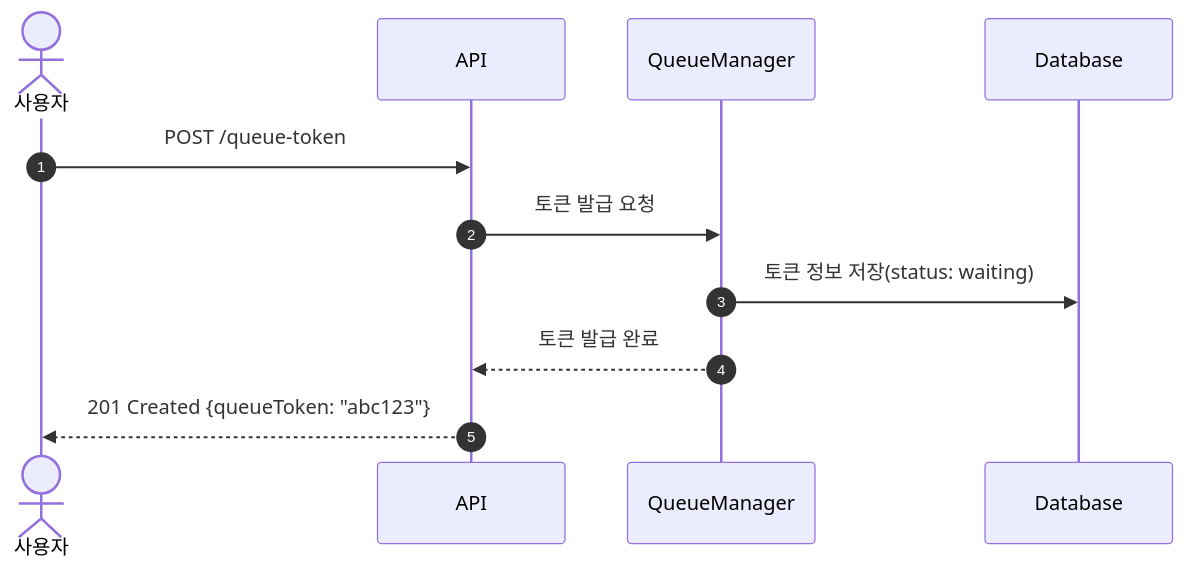
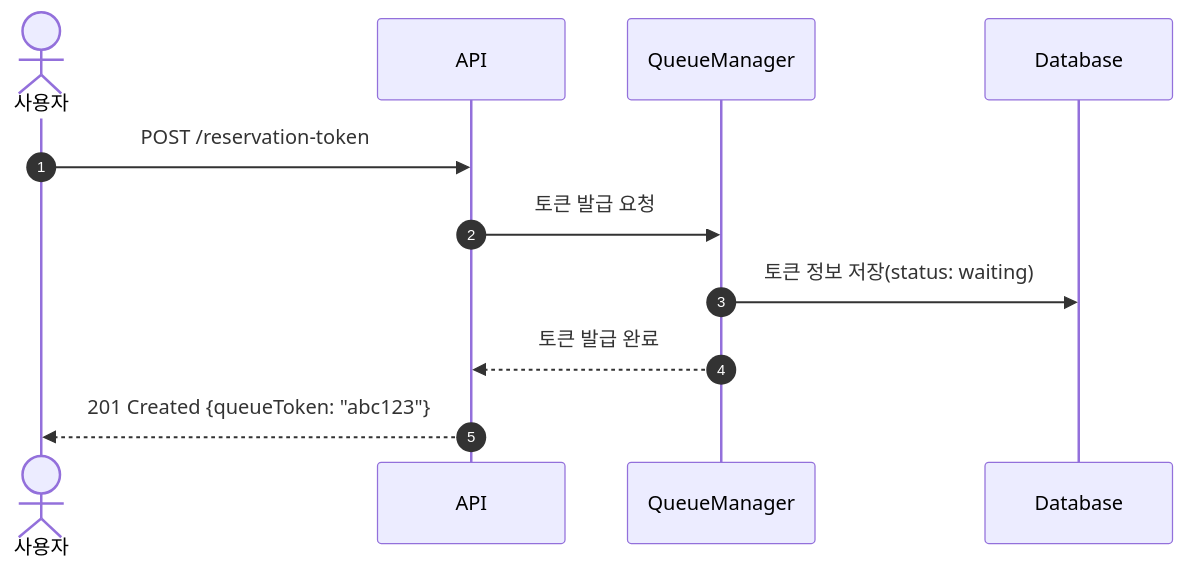
Before and after one commit to ydj515/concert-reservation-service: the first of 10 diagrams in docs/sequence-diagram/sequence.md, drawn with Mermaid. The commit also changed other lines of this file and 6 other files, not shown here.

````diff
--- a/docs/sequence-diagram/sequence.md
+++ b/docs/sequence-diagram/sequence.md
@@ -2,14 +2,14 @@
 ```mermaid
 sequenceDiagram
     autonumber
     actor User as 사용자
     participant API
     participant QueueManager
     participant Database
 
-    User ->> API: POST /queue-token
+    User ->> API: POST /reservation-token
     API ->> QueueManager: 토큰 발급 요청
     QueueManager ->> Database: 토큰 정보 저장(status: waiting)
     QueueManager -->> API: 토큰 발급 완료
     API -->> User: 201 Created {queueToken: "abc123"}
 ```
````
